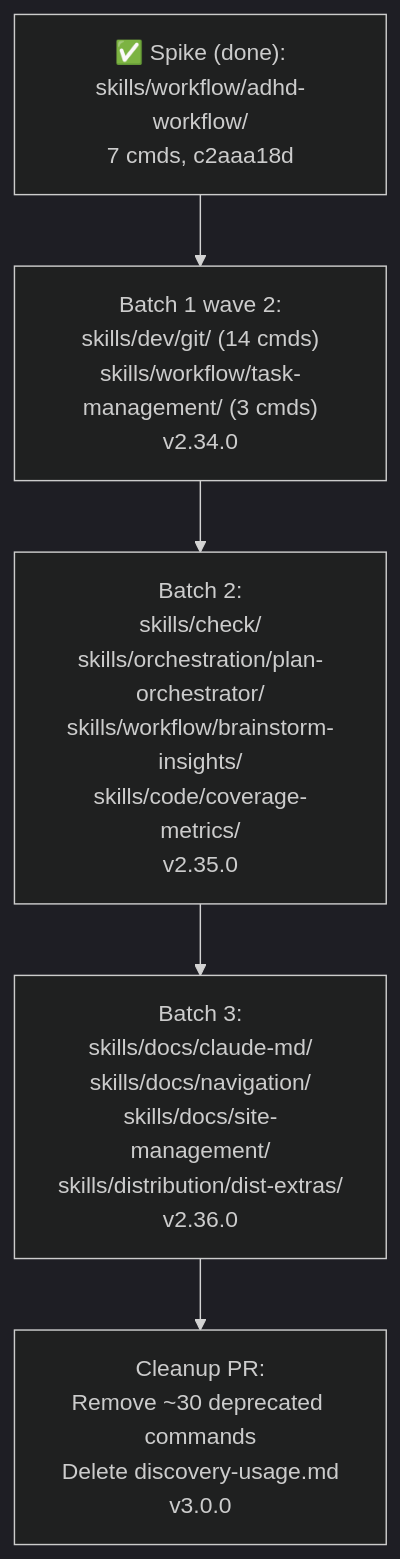
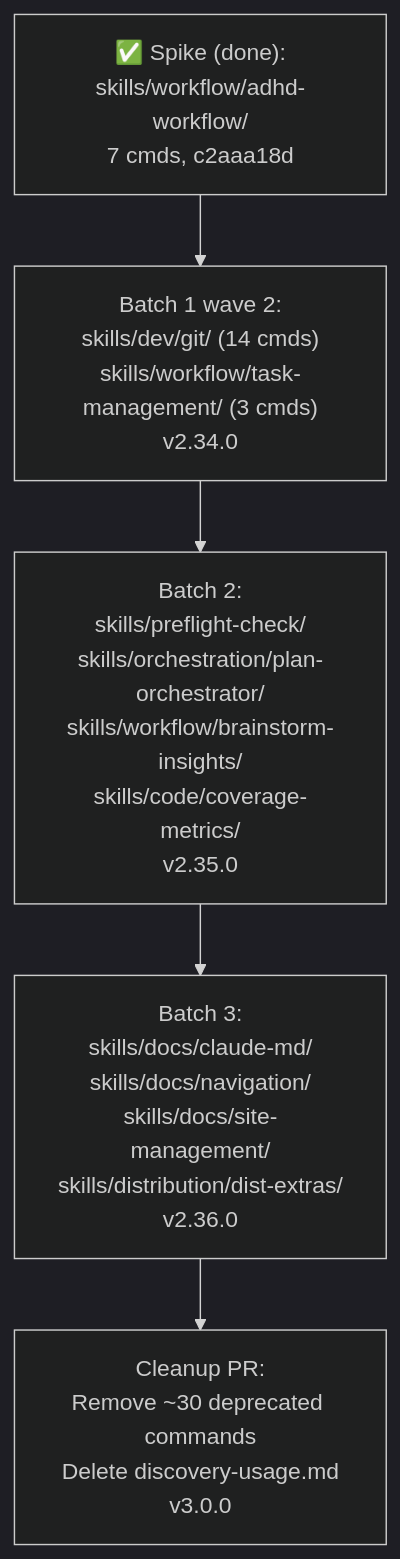
One commit to Data-Wise/craft changed the diagram in docs/specs/SPEC-commands-to-skills-migration-2026-05-13.md. Above: the diagram before and after it, drawn with Mermaid (dark theme). The commit also changed other lines of this file and 25 other files, not shown here.

First line of the commit message:
fix: make preflight-check skill reachable (#317)

````diff
--- a/docs/specs/SPEC-commands-to-skills-migration-2026-05-13.md
+++ b/docs/specs/SPEC-commands-to-skills-migration-2026-05-13.md
@@ -132,8 +132,8 @@
 ```mermaid
 flowchart TD
     Spike["✅ Spike (done):<br/>skills/workflow/adhd-workflow/<br/>7 cmds, c2aaa18d"] --> B1Rest
     B1Rest["Batch 1 wave 2:<br/>skills/dev/git/ (14 cmds)<br/>skills/workflow/task-management/ (3 cmds)<br/>v2.34.0"]
-    B1Rest --> B2["Batch 2:<br/>skills/check/<br/>skills/orchestration/plan-orchestrator/<br/>skills/workflow/brainstorm-insights/<br/>skills/code/coverage-metrics/<br/>v2.35.0"]
+    B1Rest --> B2["Batch 2:<br/>skills/preflight-check/<br/>skills/orchestration/plan-orchestrator/<br/>skills/workflow/brainstorm-insights/<br/>skills/code/coverage-metrics/<br/>v2.35.0"]
     B2 --> B3["Batch 3:<br/>skills/docs/claude-md/<br/>skills/docs/navigation/<br/>skills/docs/site-management/<br/>skills/distribution/dist-extras/<br/>v2.36.0"]
     B3 --> Cleanup["Cleanup PR:<br/>Remove ~30 deprecated commands<br/>Delete discovery-usage.md<br/>v3.0.0"]
 ```
````
